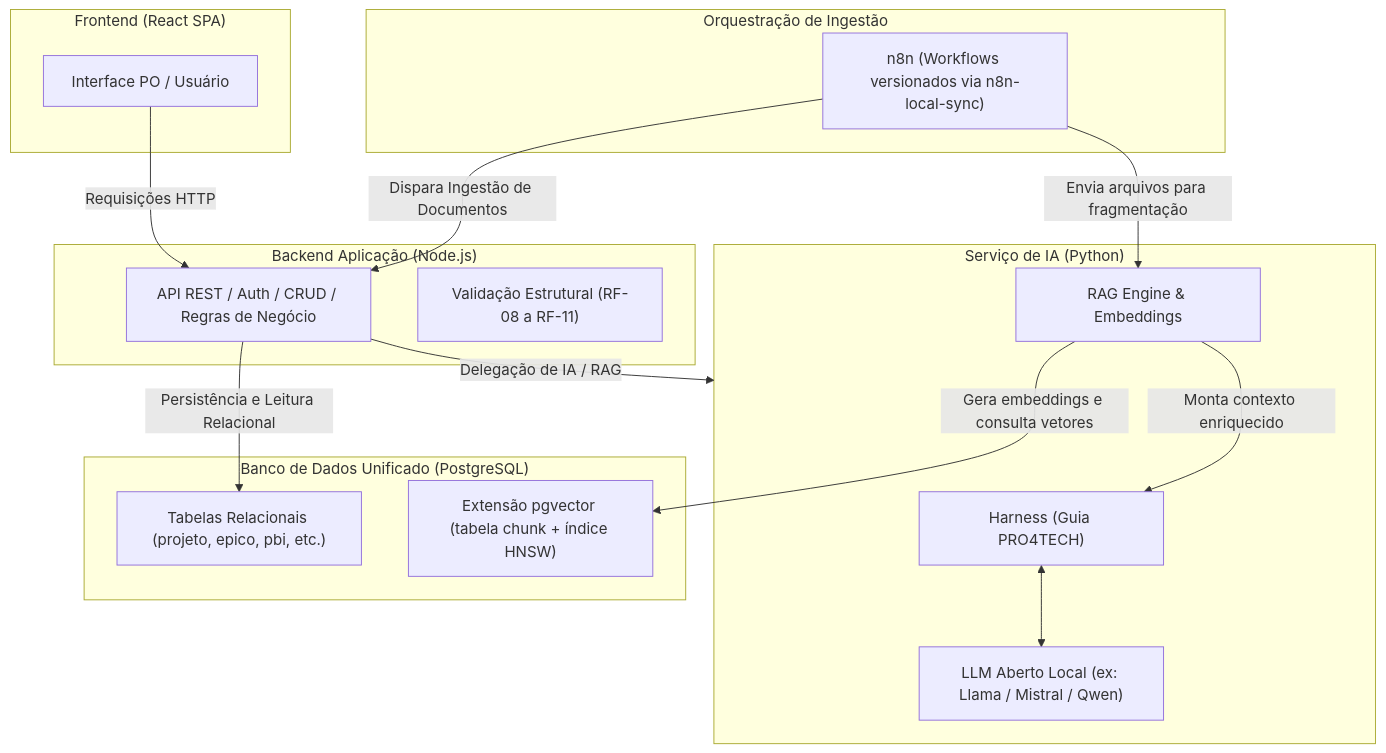
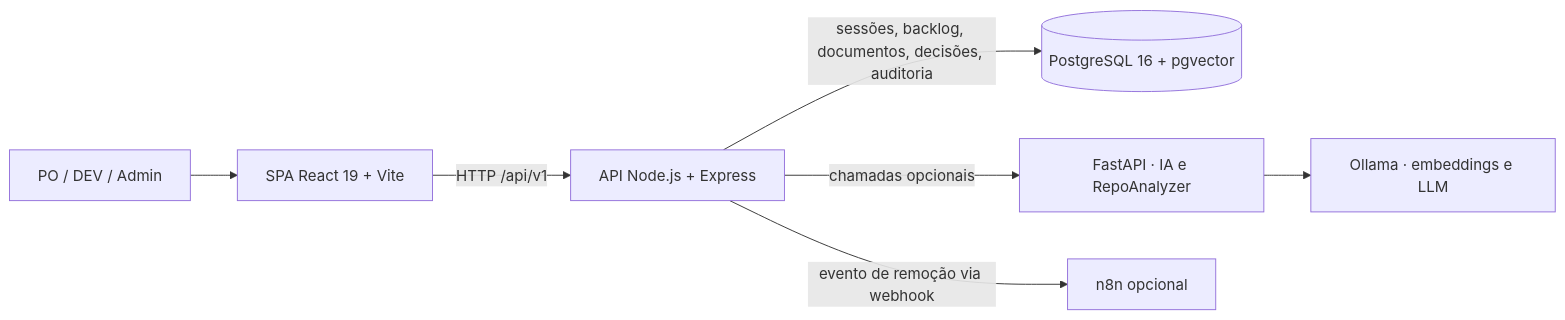
One commit to Galaticos-API/API-4 changed the first of 2 diagrams in docs/Architecture/README.md. Above: the diagram before and after it, drawn with Mermaid. The commit also changed other lines of this file and 13 other files, not shown here.

````diff
--- a/docs/Architecture/README.md
+++ b/docs/Architecture/README.md
@@ -31,35 +7,9 @@
 ```mermaid
-flowchart TB
-    subgraph Frontend["Frontend (React SPA)"]
-        UI["Interface PO / Usuário"]
-    end
-
-    subgraph BackendApp["Backend Aplicação (Node.js)"]
-        API["API REST / Auth / CRUD / Regras de Negócio"]
-        Valida["Validação Estrutural (RF-08 a RF-11)"]
-    end
-
-    subgraph ServiceAI["Serviço de IA (Python)"]
-        Harness["Harness (Guia PRO4TECH)"]
-        RagEngine["RAG Engine & Embeddings"]
-        LLM["LLM Aberto Local (ex: Llama / Mistral / Qwen)"]
-    end
-
-    subgraph Ingestao["Orquestração de Ingestão"]
-        N8N["n8n (Workflows versionados via n8n-local-sync)"]
-    end
-
-    subgraph Database["Banco de Dados Unificado (PostgreSQL)"]
-        Relational["Tabelas Relacionais (projeto, epico, pbi, etc.)"]
-        VectorExt["Extensão pgvector (tabela chunk + índice HNSW)"]
-    end
-
-    UI -->|"Requisições HTTP"| API
-    API -->|"Persistência e Leitura Relacional"| Relational
-    API -->|"Delegação de IA / RAG"| ServiceAI
-    N8N -->|"Dispara Ingestão de Documentos"| API
-    N8N -->|"Envia arquivos para fragmentação"| RagEngine
-    RagEngine -->|"Gera embeddings e consulta vetores"| VectorExt
-    RagEngine -->|"Monta contexto enriquecido"| Harness
-    Harness <--> LLM
+flowchart LR
+    PO["PO / DEV / Admin"] --> Browser["SPA React 19 + Vite"]
+    Browser -->|"HTTP /api/v1"| API["API Node.js + Express"]
+    API -->|"sessões, backlog, documentos, decisões, auditoria"| DB[("PostgreSQL 16 + pgvector")]
+    API -->|"chamadas opcionais"| AI["FastAPI · IA e RepoAnalyzer"]
+    AI --> Ollama["Ollama · embeddings e LLM"]
+    API -->|"evento de remoção via webhook"| N8N["n8n opcional"]
 ```
````
